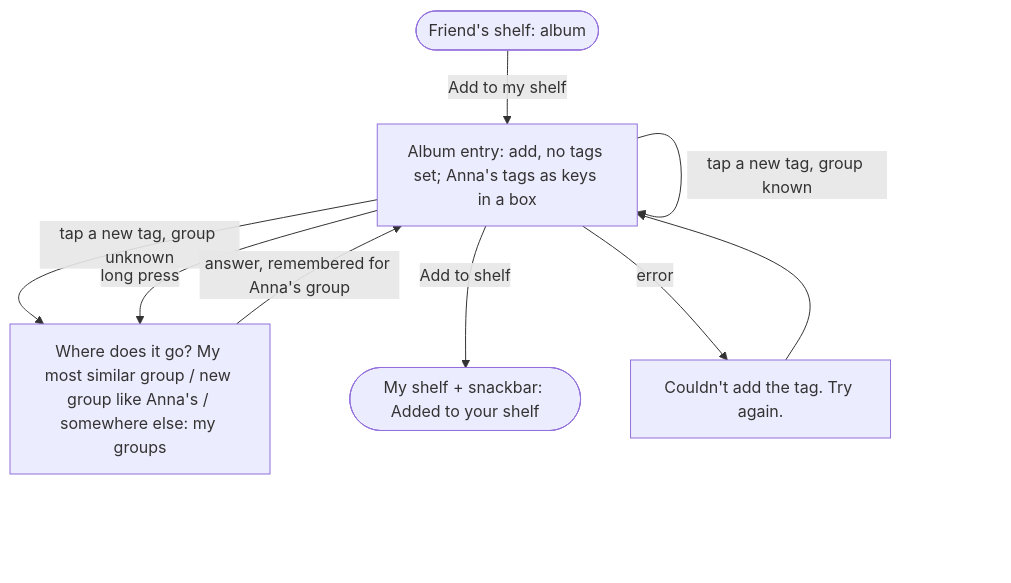
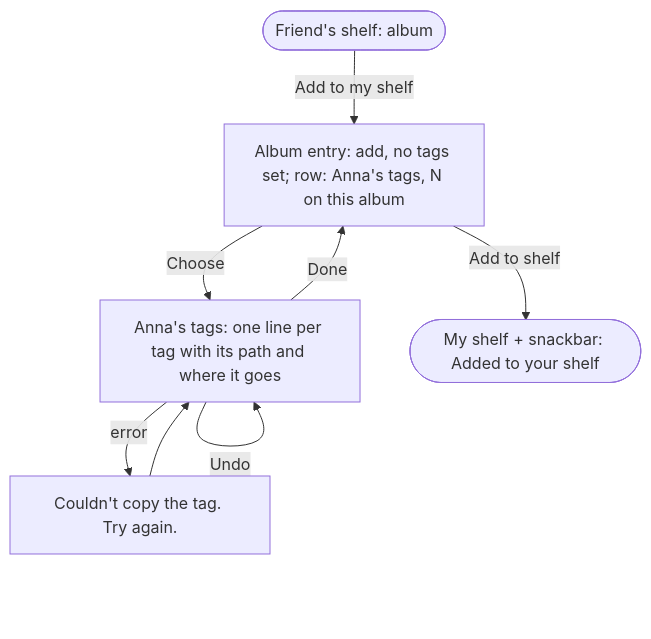
One commit to Schwub/shelf changed the eighth of 15 diagrams in docs/design/flows.md. Above: the diagram before and after it, drawn with Mermaid. The commit also changed 12 other files, not shown here.

First line of the commit message:
A friend's tags line by line: Add, Copy, Use my tag (TASK-51)

````diff
--- a/docs/design/flows.md
+++ b/docs/design/flows.md
@@ -185,11 +185,12 @@
 ```mermaid
 flowchart TD
-  friend([Friend's shelf: album]) -- Add to my shelf --> entry[Album entry: add, no tags set; Anna's tags as keys in a box]
-  entry -- tap a tag I have --> entry
-  entry -- tap a new tag, group known --> entry
-  entry -- tap a new tag, group unknown --> ask[Where does it go? My most similar group / new group like Anna's / somewhere else: my groups]
-  ask -- answer, remembered for Anna's group --> entry
-  entry -- long press --> ask
+  friend([Friend's shelf: album]) -- Add to my shelf --> entry[Album entry: add, no tags set; row: Anna's tags, N on this album]
+  entry -- Choose --> list[Anna's tags: one line per tag with its path and where it goes]
+  list -- Add: I have it --> list
+  list -- Copy: I don't; her path is created --> list
+  list -- Use my X: my nearest tag above --> list
+  list -- Undo --> list
+  list -- error --> err[Couldn't copy the tag. Try again.] --> list
+  list -- Done --> entry
   entry -- Add to shelf --> done([My shelf + snackbar: Added to your shelf])
-  entry -- error --> err[Couldn't add the tag. Try again.] --> entry
 ```
````
